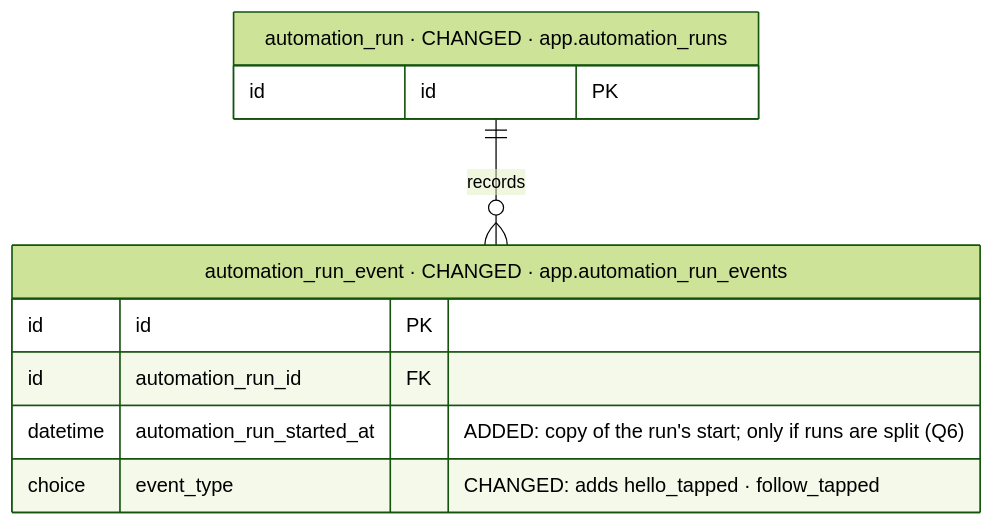
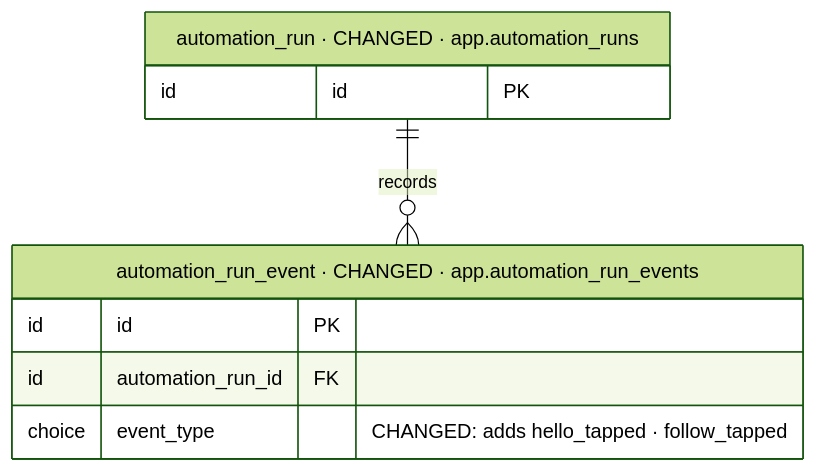
One commit to albetrios/meepzo-be changed diagram 15 of 39 in iterations/feat-instagram-dm-sending-2026-11-23-oxak/plans/db-changes.md. Above: the diagram before and after it, drawn with Mermaid (forest theme). The commit also changed other lines of this file and 3 other files, not shown here.

````diff
--- a/iterations/feat-instagram-dm-sending-2026-11-23-oxak/plans/db-changes.md
+++ b/iterations/feat-instagram-dm-sending-2026-11-23-oxak/plans/db-changes.md
@@ -732,13 +743,12 @@
 ```mermaid
 erDiagram
   automation_run_event["automation_run_event · CHANGED · app.automation_run_events"] {
     id id PK
     id automation_run_id FK
-    datetime automation_run_started_at "ADDED: copy of the run's start; only if runs are split (Q6)"
     choice event_type "CHANGED: adds hello_tapped · follow_tapped"
   }
   automation_run["automation_run · CHANGED · app.automation_runs"] {
     id id PK
   }
   automation_run ||--o{ automation_run_event : "records"
 ```
````
